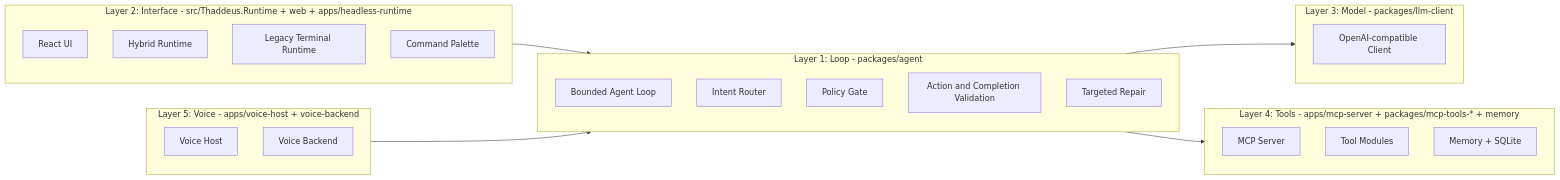
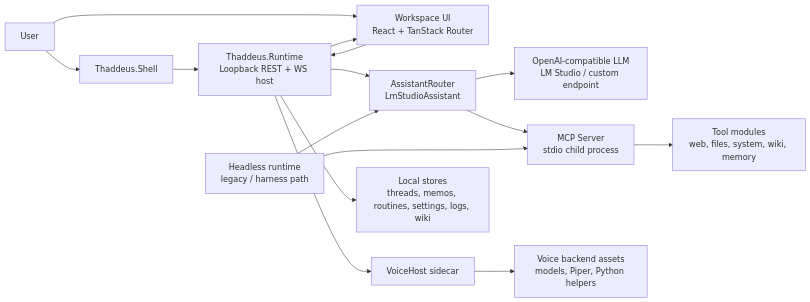
One commit to raydeStar/sir-thaddeus changed the diagram in docs/ARCHITECTURE.md. Above: the diagram before and after it, drawn with Mermaid. The commit also changed other lines of this file and 40 other files, not shown here.

````diff
--- a/docs/ARCHITECTURE.md
+++ b/docs/ARCHITECTURE.md
@@ -7,37 +18,30 @@
 ```mermaid
 flowchart LR
-  subgraph loop [Layer 1: Loop - packages/agent]
-    Loop[Bounded Agent Loop]
-    Router[Intent Router]
-    Gate[Policy Gate]
-    Validate[Action and Completion Validation]
-    Repair[Targeted Repair]
-  end
+  User[User]
+  Shell[Thaddeus.Shell]
+  Browser[Workspace UI<br/>React + TanStack Router]
+  Runtime[Thaddeus.Runtime<br/>Loopback REST + WS host]
+  Assistant[AssistantRouter<br/>LmStudioAssistant]
+  Llm[OpenAI-compatible LLM<br/>LM Studio / custom endpoint]
+  Mcp[MCP Server<br/>stdio child process]
+  Tools[Tool modules<br/>web, files, system, wiki, memory]
+  VoiceHost[VoiceHost sidecar]
+  VoiceAssets[Voice backend assets<br/>models, Piper, Python helpers]
+  Stores[Local stores<br/>threads, memos, routines, settings, logs, wiki]
+  Legacy[Headless runtime<br/>legacy / harness path]
 
-  subgraph frontend [Layer 2: Interface - src/Thaddeus.Runtime + web + apps/headless-runtime]
-    Overlay[React UI]
-    Runtime[Hybrid Runtime]
-    Headless[Legacy Terminal Runtime]
-    Palette[Command Palette]
-  end
-
-  subgraph model [Layer 3: Model - packages/llm-client]
-    Llm[OpenAI-compatible Client]
-  end
-
-  subgraph tools [Layer 4: Tools - apps/mcp-server + packages/mcp-tools-* + memory]
-    McpServer[MCP Server]
-    McpTools[Tool Modules]
-    MemoryStore[Memory + SQLite]
-  end
-
-  subgraph voice [Layer 5: Voice - apps/voice-host + voice-backend]
-    VoiceHost[Voice Host]
-    VoiceBackend[Voice Backend]
-  end
-
-  frontend --> loop
-  loop --> model
-  loop --> tools
-  voice --> loop
+  User --> Shell
+  User --> Browser
+  Shell --> Runtime
+  Runtime --> Browser
+  Browser --> Runtime
+  Runtime --> Assistant
+  Assistant --> Llm
+  Assistant --> Mcp
+  Mcp --> Tools
+  Runtime --> VoiceHost
+  VoiceHost --> VoiceAssets
+  Runtime --> Stores
+  Legacy --> Mcp
+  Legacy --> Assistant
 ```
````
